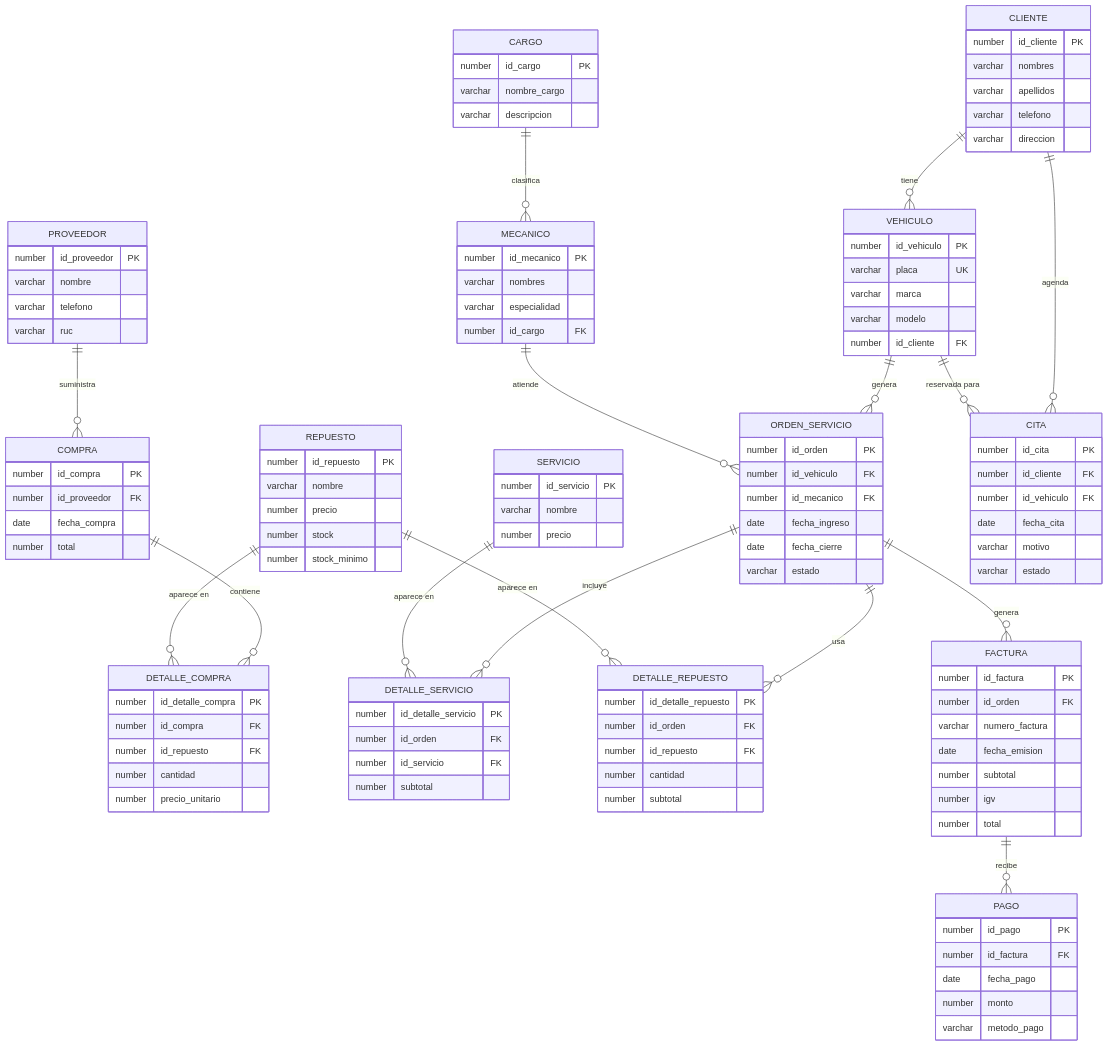
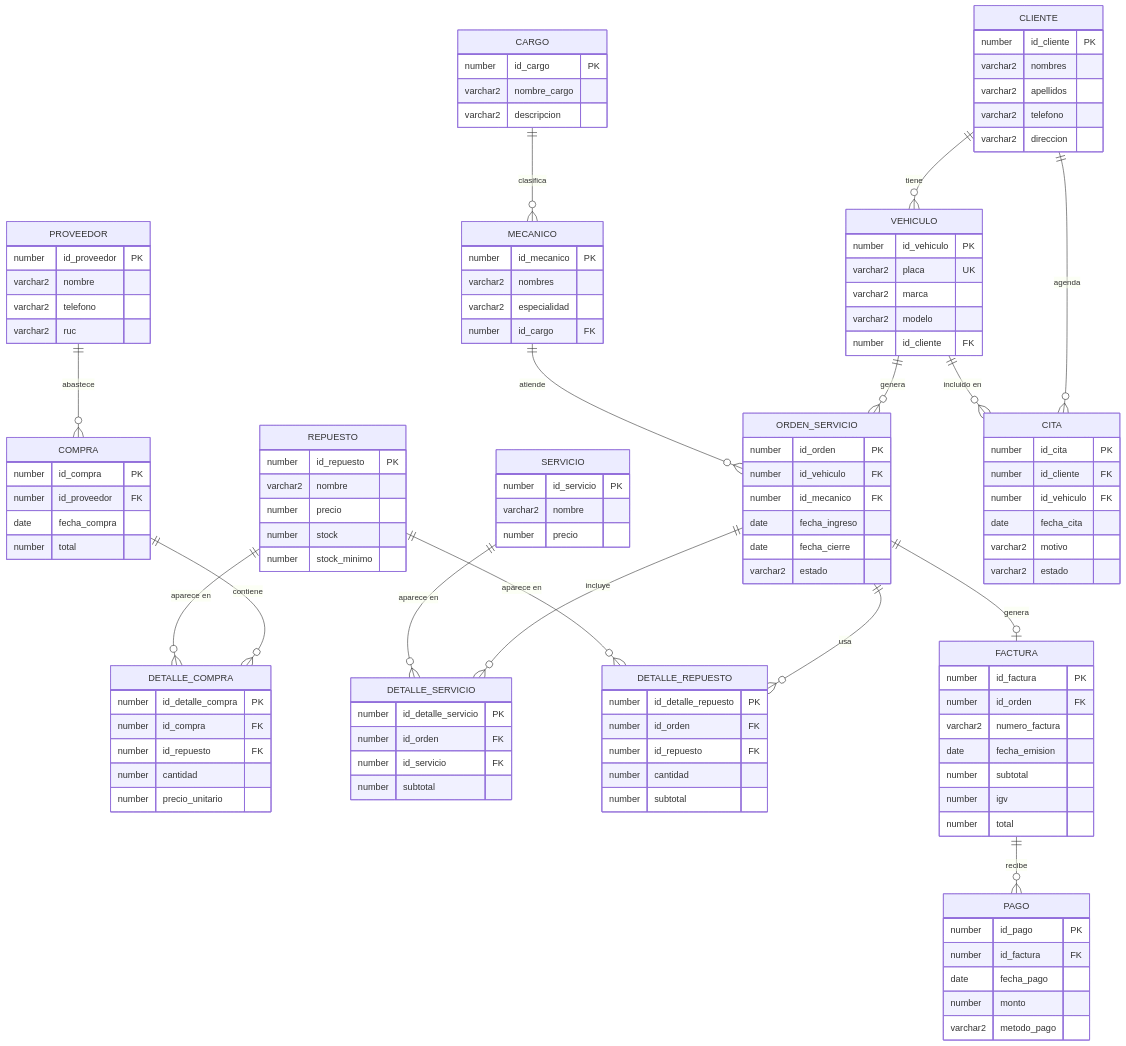
Before and after one commit to RXDG2908/BD-FINAL: the diagram in ER_AUTOFIX.md, drawn with Mermaid.

Commit message:
ER mejora

````diff
--- a/ER_AUTOFIX.md
+++ b/ER_AUTOFIX.md
@@ -4,134 +4,134 @@
 erDiagram
 
     CARGO {
-        number id_cargo PK
-        varchar nombre_cargo
-        varchar descripcion
+        number  id_cargo     PK
+        varchar2 nombre_cargo
+        varchar2 descripcion
     }
 
     CLIENTE {
-        number id_cliente PK
-        varchar nombres
-        varchar apellidos
-        varchar telefono
-        varchar direccion
+        number  id_cliente PK
+        varchar2 nombres
+        varchar2 apellidos
+        varchar2 telefono
+        varchar2 direccion
     }
 
     MECANICO {
-        number id_mecanico PK
-        varchar nombres
-        varchar especialidad
-        number id_cargo FK
+        number  id_mecanico  PK
+        varchar2 nombres
+        varchar2 especialidad
+        number  id_cargo     FK
     }
 
     SERVICIO {
-        number id_servicio PK
-        varchar nombre
-        number precio
+        number  id_servicio PK
+        varchar2 nombre
+        number  precio
     }
 
     REPUESTO {
-        number id_repuesto PK
-        varchar nombre
-        number precio
-        number stock
-        number stock_minimo
+        number  id_repuesto  PK
+        varchar2 nombre
+        number  precio
+        number  stock
+        number  stock_minimo
     }
 
     VEHICULO {
-        number id_vehiculo PK
-        varchar placa UK
-        varchar marca
-        varchar modelo
-        number id_cliente FK
+        number  id_vehiculo PK
+        varchar2 placa      UK
+        varchar2 marca
+        varchar2 modelo
+        number  id_cliente  FK
     }
 
     PROVEEDOR {
-        number id_proveedor PK
-        varchar nombre
-        varchar telefono
-        varchar ruc
+        number  id_proveedor PK
+        varchar2 nombre
+        varchar2 telefono
+        varchar2 ruc
     }
 
     COMPRA {
-        number id_compra PK
-        number id_proveedor FK
-        date fecha_compra
-        number total
+        number  id_compra    PK
+        number  id_proveedor FK
+        date    fecha_compra
+        number  total
     }
 
     DETALLE_COMPRA {
         number id_detalle_compra PK
-        number id_compra FK
-        number id_repuesto FK
+        number id_compra         FK
+        number id_repuesto       FK
         number cantidad
         number precio_unitario
     }
 
     ORDEN_SERVICIO {
-        number id_orden PK
-        number id_vehiculo FK
-        number id_mecanico FK
-        date fecha_ingreso
-        date fecha_cierre
-        varchar estado
+        number  id_orden      PK
+        number  id_vehiculo   FK
+        number  id_mecanico   FK
+        date    fecha_ingreso
+        date    fecha_cierre
+        varchar2 estado
     }
 
     DETALLE_SERVICIO {
         number id_detalle_servicio PK
-        number id_orden FK
-        number id_servicio FK
+        number id_orden            FK
+        number id_servicio         FK
         number subtotal
     }
 
     DETALLE_REPUESTO {
         number id_detalle_repuesto PK
-        number id_orden FK
-        number id_repuesto FK
+        number id_orden            FK
+        number id_repuesto         FK
         number cantidad
         number subtotal
     }
 
     FACTURA {
-        number id_factura PK
-        number id_orden FK
-        varchar numero_factura
-        date fecha_emision
-        number subtotal
-        number igv
-        number total
+        number  id_factura     PK
+        number  id_orden       FK
+        varchar2 numero_factura
+        date    fecha_emision
+        number  subtotal
+        number  igv
+        number  total
     }
 
     PAGO {
-        number id_pago PK
-        number id_factura FK
-        date fecha_pago
-        number monto
-        varchar metodo_pago
+        number  id_pago     PK
+        number  id_factura  FK
+        date    fecha_pago
+        number  monto
+        varchar2 metodo_pago
     }
 
     CITA {
-        number id_cita PK
-        number id_cliente FK
-        number id_vehiculo FK
-        date fecha_cita
-        varchar motivo
-        varchar estado
+        number  id_cita     PK
+        number  id_cliente  FK
+        number  id_vehiculo FK
+        date    fecha_cita
+        varchar2 motivo
+        varchar2 estado
     }
 
-    CARGO          ||--o{ MECANICO          : "clasifica"
-    CLIENTE        ||--o{ VEHICULO          : "tiene"
-    CLIENTE        ||--o{ CITA             : "agenda"
-    VEHICULO       ||--o{ ORDEN_SERVICIO    : "genera"
-    VEHICULO       ||--o{ CITA             : "reservada para"
-    MECANICO       ||--o{ ORDEN_SERVICIO    : "atiende"
-    PROVEEDOR      ||--o{ COMPRA           : "suministra"
-    COMPRA         ||--o{ DETALLE_COMPRA   : "contiene"
-    REPUESTO       ||--o{ DETALLE_COMPRA   : "aparece en"
-    ORDEN_SERVICIO ||--o{ DETALLE_SERVICIO  : "incluye"
-    ORDEN_SERVICIO ||--o{ DETALLE_REPUESTO  : "usa"
-    ORDEN_SERVICIO ||--o{ FACTURA          : "genera"
-    SERVICIO       ||--o{ DETALLE_SERVICIO  : "aparece en"
-    REPUESTO       ||--o{ DETALLE_REPUESTO  : "aparece en"
-    FACTURA        ||--o{ PAGO             : "recibe"
+    CARGO          ||--o{ MECANICO         : "clasifica"
+    CLIENTE        ||--o{ VEHICULO         : "tiene"
+    CLIENTE        ||--o{ CITA            : "agenda"
+    VEHICULO       ||--o{ ORDEN_SERVICIO   : "genera"
+    VEHICULO       ||--o{ CITA            : "incluido en"
+    MECANICO       ||--o{ ORDEN_SERVICIO   : "atiende"
+    PROVEEDOR      ||--o{ COMPRA          : "abastece"
+    COMPRA         ||--o{ DETALLE_COMPRA  : "contiene"
+    REPUESTO       ||--o{ DETALLE_COMPRA  : "aparece en"
+    ORDEN_SERVICIO ||--o{ DETALLE_SERVICIO : "incluye"
+    ORDEN_SERVICIO ||--o{ DETALLE_REPUESTO : "usa"
+    ORDEN_SERVICIO ||--o| FACTURA         : "genera"
+    SERVICIO       ||--o{ DETALLE_SERVICIO : "aparece en"
+    REPUESTO       ||--o{ DETALLE_REPUESTO : "aparece en"
+    FACTURA        ||--o{ PAGO            : "recibe"
 ```
````
